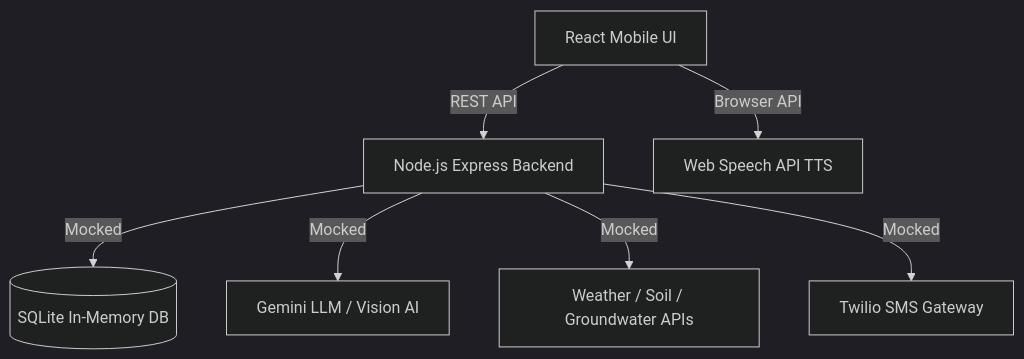
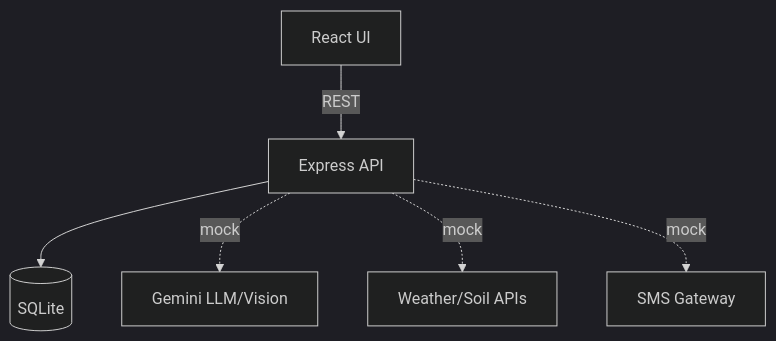
One commit to Manideep71234/kisan-mitra-ai changed the diagram in README.md. Above: the diagram before and after it, drawn with Mermaid (dark theme). The commit also changed other lines of this file, not shown here.

````diff
--- a/README.md
+++ b/README.md
@@ -18,11 +21,8 @@
 ```mermaid
 graph TD
-    A[React Mobile UI] -->|REST API| B[Node.js Express Backend]
-    
-    B -->|Mocked| C[(SQLite In-Memory DB)]
-    B -->|Mocked| D[Gemini LLM / Vision AI]
-    B -->|Mocked| E[Weather / Soil / Groundwater APIs]
-    B -->|Mocked| F[Twilio SMS Gateway]
-    
-    A -->|Browser API| G[Web Speech API TTS]
+A[React UI] -->|REST| B[Express API]
+B --> C[(SQLite)]
+B -.mock.-> D[Gemini LLM/Vision]
+B -.mock.-> E[Weather/Soil APIs]
+B -.mock.-> F[SMS Gateway]
 ```
````
